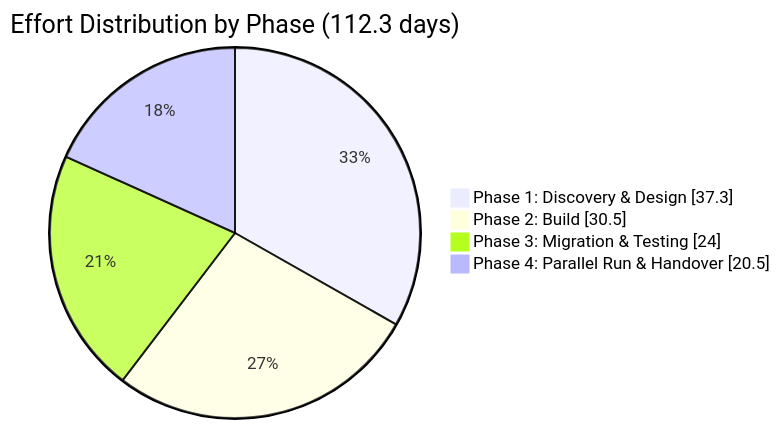
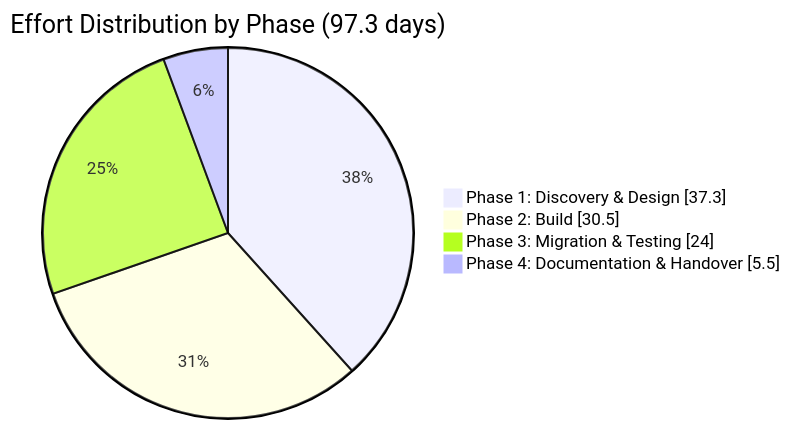
One commit to sfc-gh-mhindi/REPO_CANVA changed the second of 2 diagrams in 4-DataPipelinePrioritisation/Print Domain/Print_Domain_Scope_of_Work_INTERNAL.md. Above: the diagram before and after it, drawn with Mermaid. The commit also changed other lines of this file and 1 other file, not shown here.

First line of the commit message:
Add IT Domain SOW and update Print Domain SOW with MH effort reductions

````diff
--- a/4-DataPipelinePrioritisation/Print Domain/Print_Domain_Scope_of_Work_INTERNAL.md
+++ b/4-DataPipelinePrioritisation/Print Domain/Print_Domain_Scope_of_Work_INTERNAL.md
@@ -604,8 +575,8 @@
 ```mermaid
 pie showData
-    title Effort Distribution by Phase (112.3 days)
+    title Effort Distribution by Phase (97.3 days)
     "Phase 1: Discovery & Design" : 37.3
     "Phase 2: Build" : 30.5
     "Phase 3: Migration & Testing" : 24.0
-    "Phase 4: Parallel Run & Handover" : 20.5
+    "Phase 4: Documentation & Handover" : 5.5
 ```
````
